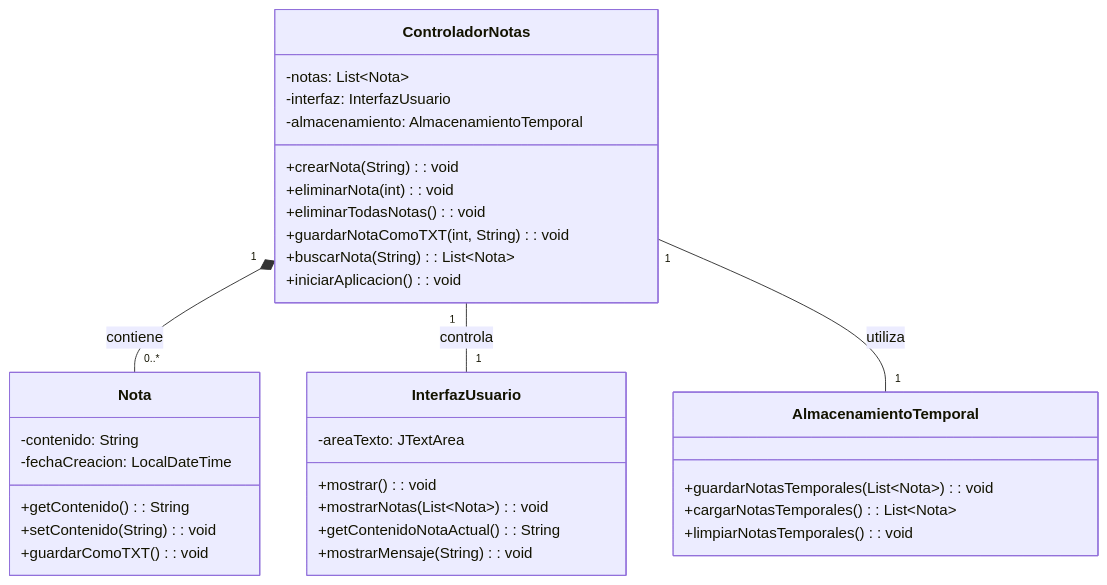
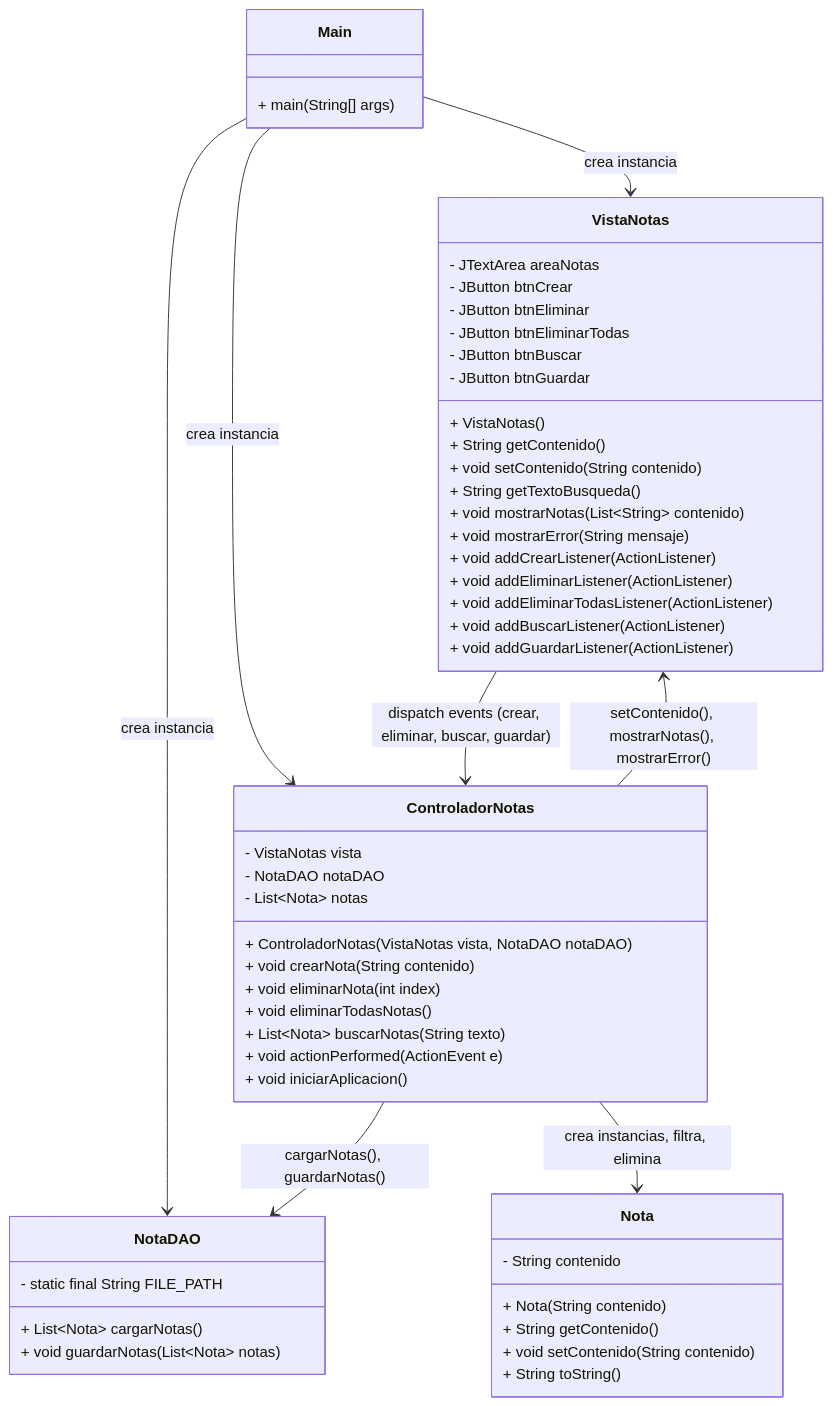
Before and after one commit to jangelmm/FlashNotes: the sixth of 12 diagrams in README.md, drawn with Mermaid. The commit also changed other lines of this file and 8 other files, not shown here.

````diff
--- a/README.md
+++ b/README.md
@@ -275,40 +278,71 @@
 ```mermaid
 classDiagram
+    direction TD
+
+    %% Modelo de dominio
     class Nota {
-        -contenido: String
-        -fechaCreacion: LocalDateTime
-        +getContenido(): String
-        +setContenido(String): void
-        +guardarComoTXT(): void
+        - String contenido
+        + Nota(String contenido)
+        + String getContenido()
+        + void setContenido(String contenido)
+        + String toString()
     }
 
-    class InterfazUsuario {
-        -areaTexto: JTextArea
-        +mostrar(): void
-        +mostrarNotas(List~Nota~): void
-        +getContenidoNotaActual(): String
-        +mostrarMensaje(String): void
+    %% Data Access Object
+    class NotaDAO {
+        - static final String FILE_PATH
+        + List~Nota~ cargarNotas()
+        + void guardarNotas(List~Nota~ notas)
     }
 
-    class ControladorNotas {
-        -notas: List~Nota~
-        -interfaz: InterfazUsuario
-        -almacenamiento: AlmacenamientoTemporal
-        +crearNota(String): void
-        +eliminarNota(int): void
-        +eliminarTodasNotas(): void
-        +guardarNotaComoTXT(int, String): void
-        +buscarNota(String): List~Nota~
-        +iniciarAplicacion(): void
+    %% Vista
+    class VistaNotas {
+        - JTextArea areaNotas
+        - JButton btnCrear
+        - JButton btnEliminar
+        - JButton btnEliminarTodas
+        - JButton btnBuscar
+        - JButton btnGuardar
+        + VistaNotas()
+        + String getContenido()
+        + void setContenido(String contenido)
+        + String getTextoBusqueda()
+        + void mostrarNotas(List~String~ contenido)
+        + void mostrarError(String mensaje)
+        + void addCrearListener(ActionListener)
+        + void addEliminarListener(ActionListener)
+        + void addEliminarTodasListener(ActionListener)
+        + void addBuscarListener(ActionListener)
+        + void addGuardarListener(ActionListener)
     }
 
-    class AlmacenamientoTemporal {
-        +guardarNotasTemporales(List~Nota~): void
-        +cargarNotasTemporales(): List~Nota~
-        +limpiarNotasTemporales(): void
+    %% Controlador
+    class ControladorNotas {
+        - VistaNotas vista
+        - NotaDAO notaDAO
+        - List~Nota~ notas
+        + ControladorNotas(VistaNotas vista, NotaDAO notaDAO)
+        + void crearNota(String contenido)
+        + void eliminarNota(int index)
+        + void eliminarTodasNotas()
+        + List~Nota~ buscarNotas(String texto)
+        + void actionPerformed(ActionEvent e)
+        + void iniciarAplicacion()
     }
 
-    ControladorNotas "1" *-- "0..*" Nota : contiene
-    ControladorNotas "1" -- "1" InterfazUsuario : controla
-    ControladorNotas "1" -- "1" AlmacenamientoTemporal : utiliza
+    %% Punto de entrada
+    class Main {
+        + main(String[] args)
+    }
+
+    %% Relaciones
+    Main --> VistaNotas          : crea instancia
+    Main --> NotaDAO             : crea instancia
+    Main --> ControladorNotas    : crea instancia
+
+    VistaNotas --> ControladorNotas : dispatch events (crear, eliminar, buscar, guardar)
+    ControladorNotas --> NotaDAO      : cargarNotas(), guardarNotas()
+    ControladorNotas --> Nota         : crea instancias, filtra, elimina
+    ControladorNotas --> VistaNotas   : setContenido(), mostrarNotas(), mostrarError()
+
 ```
````
